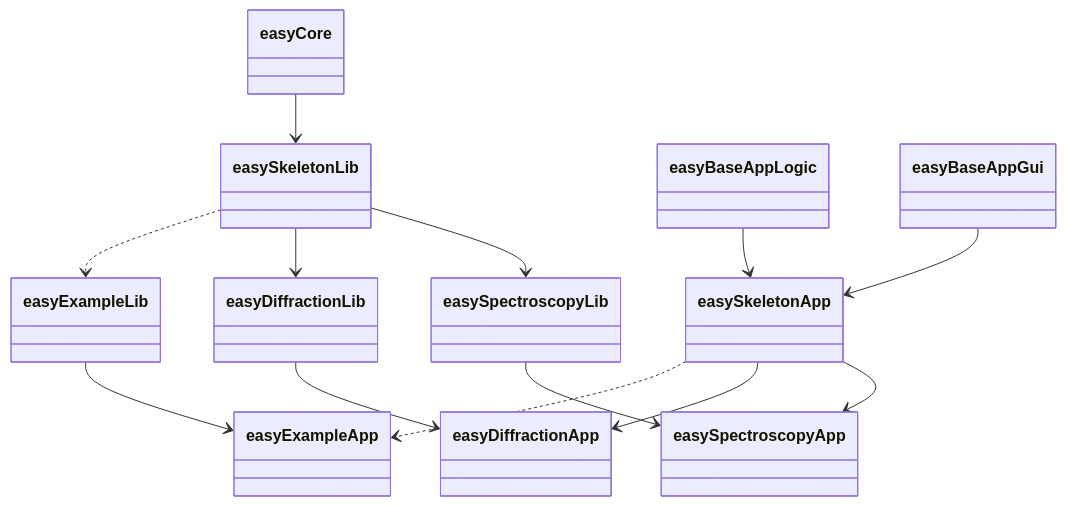
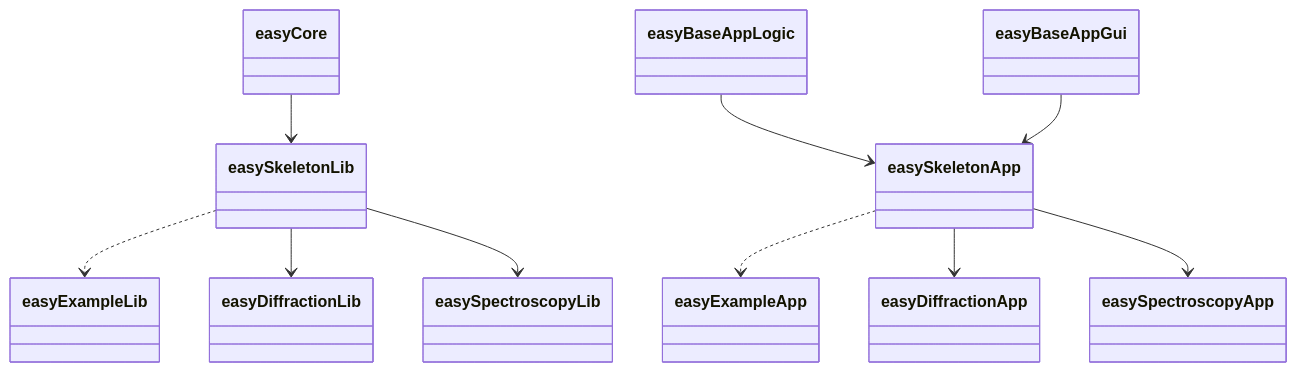
One commit to easyScience/easyScience changed the fourth of 6 diagrams in easyScience.md. Above: the diagram before and after it, drawn with Mermaid.

````diff
--- a/easyScience.md
+++ b/easyScience.md
@@ -70,18 +70,18 @@
 ```mermaid
 classDiagram
 
 easyCore --> easySkeletonLib
 easySkeletonLib ..> easyExampleLib
 easySkeletonLib --> easyDiffractionLib
 easySkeletonLib --> easySpectroscopyLib
 
 easyBaseAppLogic --> easySkeletonApp
 easyBaseAppGui --> easySkeletonApp
 easySkeletonApp ..> easyExampleApp
 easySkeletonApp --> easyDiffractionApp
 easySkeletonApp --> easySpectroscopyApp
 
-easyExampleLib --> easyExampleApp
-easyDiffractionLib --> easyDiffractionApp
-easySpectroscopyLib --> easySpectroscopyApp
+%%easyExampleLib --> easyExampleApp
+%%easyDiffractionLib --> easyDiffractionApp
+%%%easySpectroscopyLib --> easySpectroscopyApp
 ```
````
